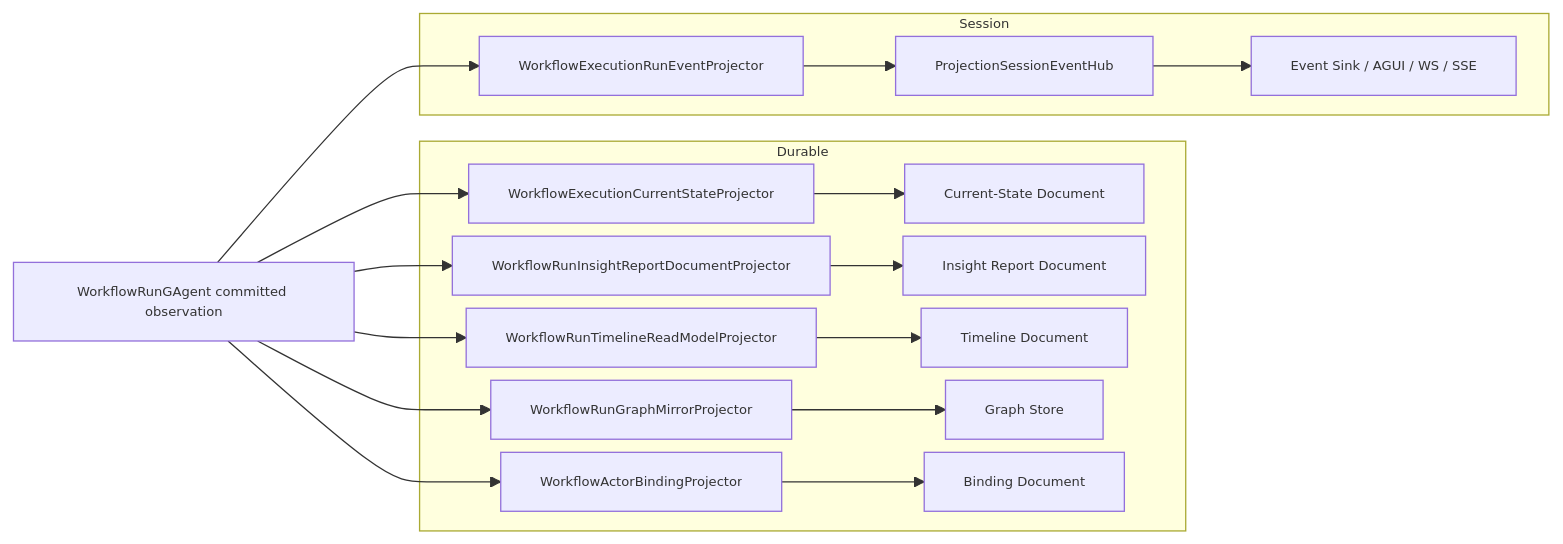
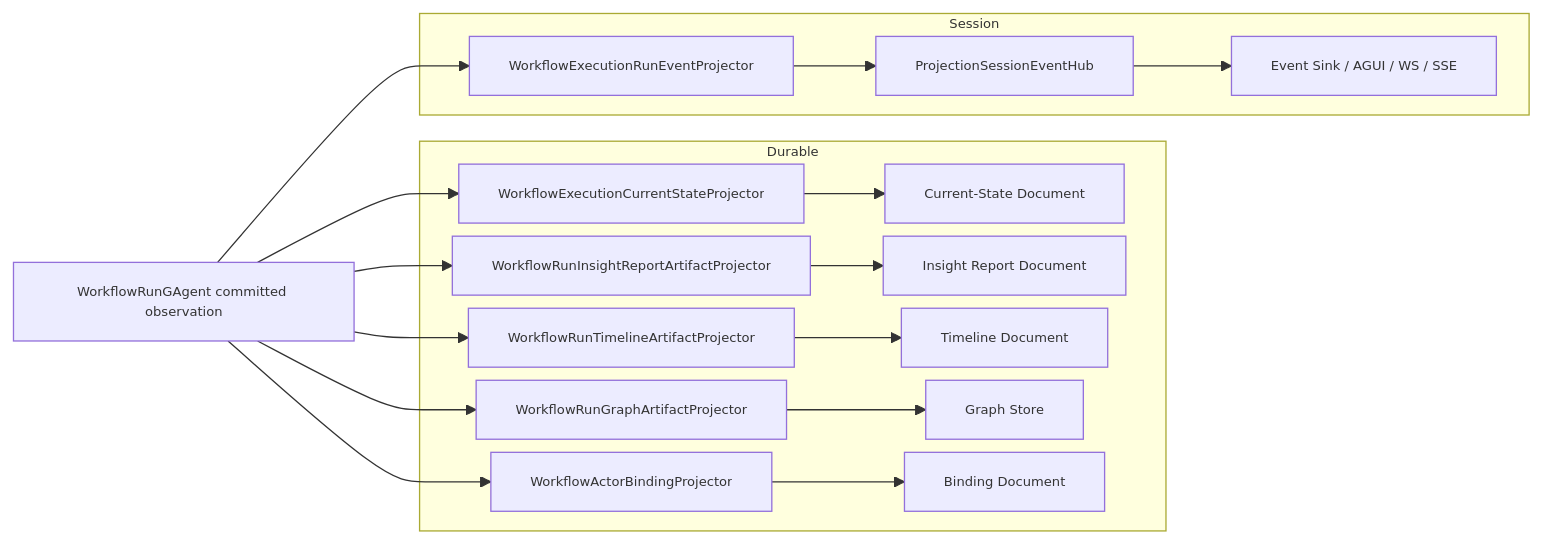
The fourth of 5 diagrams in docs/architecture/2026-03-17-projection-full-analysis.md (aevatarAI/aevatar), drawn with Mermaid before and after one commit. The commit also changed other lines of this file and 46 other files, not shown here.

````diff
--- a/docs/architecture/2026-03-17-projection-full-analysis.md
+++ b/docs/architecture/2026-03-17-projection-full-analysis.md
@@ -249,31 +249,31 @@
 ```mermaid
 %%{init: {"maxTextSize": 100000, "flowchart": {"useMaxWidth": false, "nodeSpacing": 10, "rankSpacing": 50}, "rankSpacing": 50, "themeVariables": {"fontSize": "10px"}}}%%
 flowchart LR
   A["WorkflowRunGAgent committed observation"]
 
   subgraph D["Durable"]
     B1["WorkflowExecutionCurrentStateProjector"]
-    B2["WorkflowRunInsightReportDocumentProjector"]
-    B3["WorkflowRunTimelineReadModelProjector"]
-    B4["WorkflowRunGraphMirrorProjector"]
+    B2["WorkflowRunInsightReportArtifactProjector"]
+    B3["WorkflowRunTimelineArtifactProjector"]
+    B4["WorkflowRunGraphArtifactProjector"]
     B5["WorkflowActorBindingProjector"]
     C1["Current-State Document"]
     C2["Insight Report Document"]
     C3["Timeline Document"]
     C4["Graph Store"]
     C5["Binding Document"]
   end
 
   subgraph S["Session"]
     D1["WorkflowExecutionRunEventProjector"]
     D2["ProjectionSessionEventHub<WorkflowRunEventEnvelope>"]
     D3["Event Sink / AGUI / WS / SSE"]
   end
 
   A --> B1 --> C1
   A --> B2 --> C2
   A --> B3 --> C3
   A --> B4 --> C4
   A --> B5 --> C5
   A --> D1 --> D2 --> D3
 ```
````
